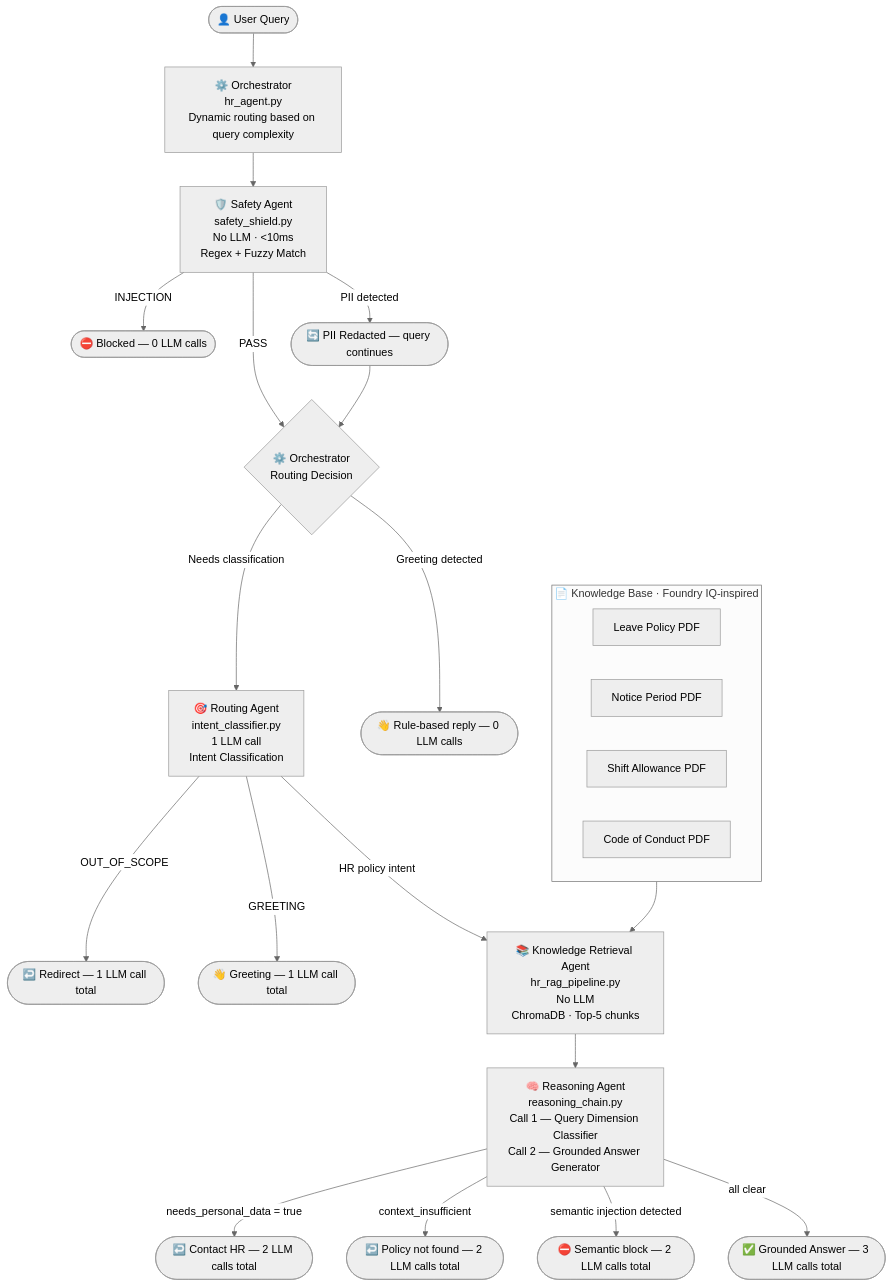
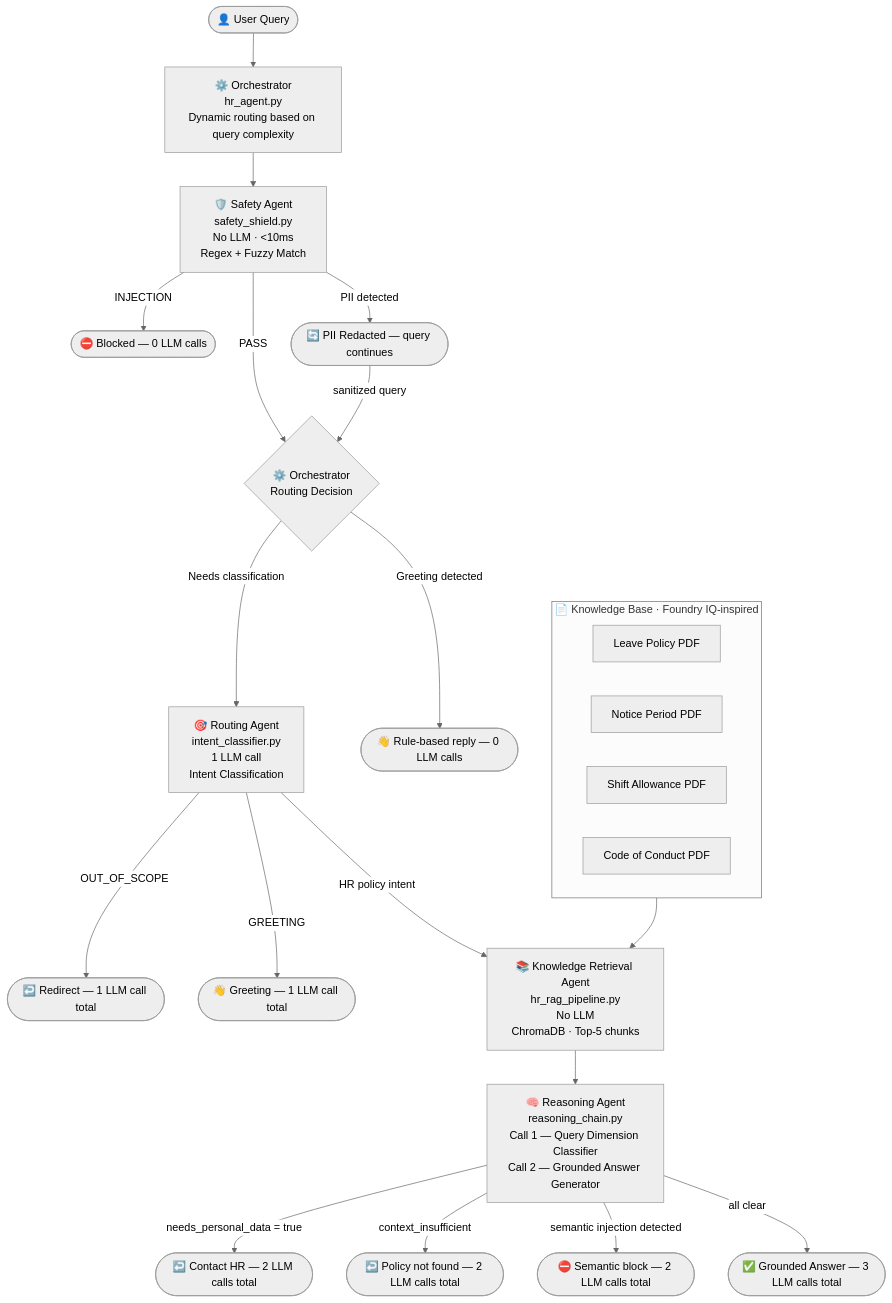
The diagram in README.md (swasti16/hr-agent-hackathon), drawn with Mermaid (neutral theme) before and after one commit. The commit also changed other lines of this file, not shown here.

````diff
--- a/README.md
+++ b/README.md
@@ -20,44 +20,44 @@
 ```mermaid
 flowchart TD
     U([👤 User Query]) --> ORC
 
     ORC["⚙️ Orchestrator\nhr_agent.py\nDynamic routing based on query complexity"]
 
     ORC --> SA
     SA["🛡️ Safety Agent\nsafety_shield.py\nNo LLM · <10ms\nRegex + Fuzzy Match"]
 
     SA -->|INJECTION| BLK([⛔ Blocked — 0 LLM calls])
     SA -->|PII detected| PII([🔄 PII Redacted — query continues])
     SA -->|PASS| ORC2
-    PII --> ORC2
+    PII -->|sanitized query| ORC2
 
     ORC2{"⚙️ Orchestrator\nRouting Decision"}
     ORC2 -->|Greeting detected| GRT([👋 Rule-based reply — 0 LLM calls])
     ORC2 -->|Needs classification| RA
 
     RA["🎯 Routing Agent\nintent_classifier.py\n1 LLM call\nIntent Classification"]
 
     RA -->|OUT_OF_SCOPE| OOS([↩️ Redirect — 1 LLM call total])
     RA -->|GREETING| GRT2([👋 Greeting — 1 LLM call total])
     RA -->|HR policy intent| KA
 
     KA["📚 Knowledge Retrieval Agent\nhr_rag_pipeline.py\nNo LLM\nChromaDB · Top-5 chunks"]
 
     KA --> RCA
 
     RCA["🧠 Reasoning Agent\nreasoning_chain.py\nCall 1 — Query Dimension Classifier\nCall 2 — Grounded Answer Generator"]
 
     RCA -->|needs_personal_data = true| HR([↩️ Contact HR — 2 LLM calls total])
     RCA -->|context_insufficient| NF([↩️ Policy not found — 2 LLM calls total])
     RCA -->|semantic injection detected| BLK2([⛔ Semantic block — 2 LLM calls total])
     RCA -->|all clear| ANS([✅ Grounded Answer — 3 LLM calls total])
 
     subgraph KB["📄 Knowledge Base · Foundry IQ-inspired"]
         P1[Leave Policy PDF]
         P2[Notice Period PDF]
         P3[Shift Allowance PDF]
         P4[Code of Conduct PDF]
     end
 
     KB --> KA
 ```
````
